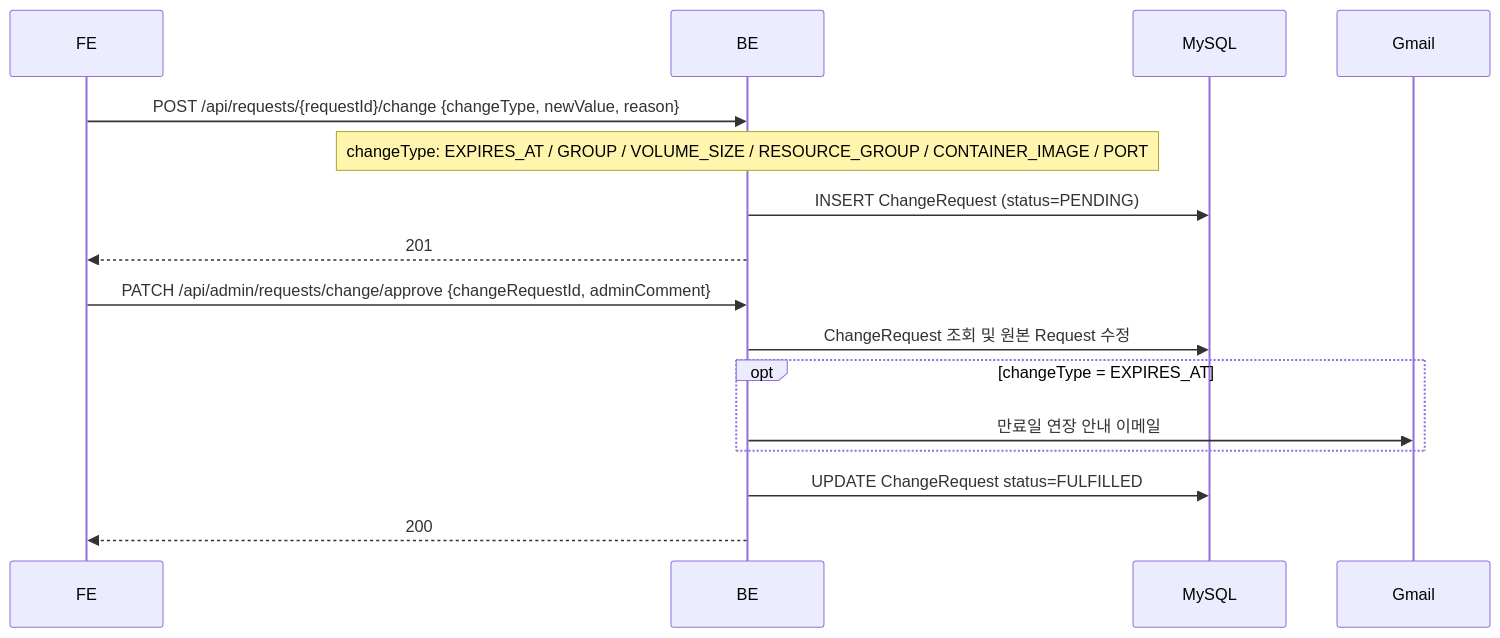
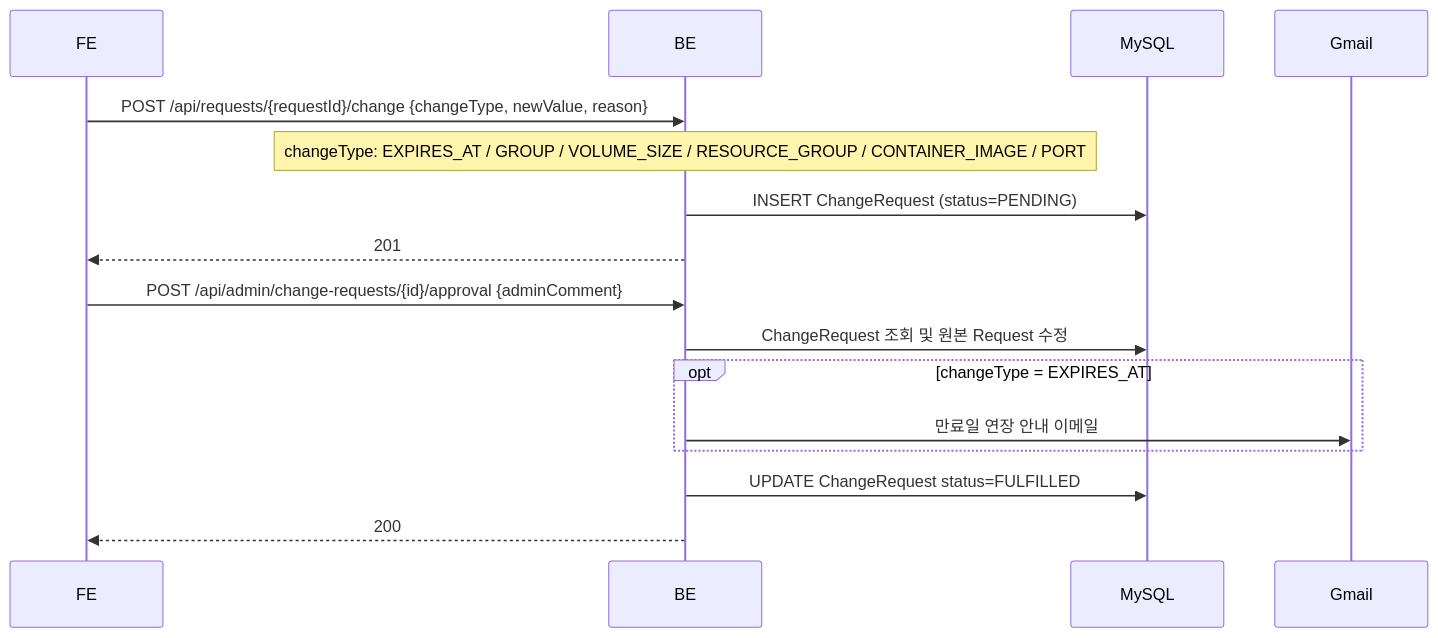
Before and after one commit to CSID-DGU/admin_wiki: the eighth of 16 diagrams in md/backend/시스템-아키텍처.md, drawn with Mermaid. The commit also changed other lines of this file and 4 other files, not shown here.

````diff
--- a/md/backend/시스템-아키텍처.md
+++ b/md/backend/시스템-아키텍처.md
@@ -153,20 +180,20 @@
 ```mermaid
 sequenceDiagram
     participant FE as FE
     participant BE as BE
     participant MySQL as MySQL
     participant Gmail as Gmail
 
     FE->>BE: POST /api/requests/{requestId}/change {changeType, newValue, reason}
     Note over BE: changeType: EXPIRES_AT / GROUP / VOLUME_SIZE / RESOURCE_GROUP / CONTAINER_IMAGE / PORT
     BE->>MySQL: INSERT ChangeRequest (status=PENDING)
     BE-->>FE: 201
 
-    FE->>BE: PATCH /api/admin/requests/change/approve {changeRequestId, adminComment}
+    FE->>BE: POST /api/admin/change-requests/{id}/approval {adminComment}
     BE->>MySQL: ChangeRequest 조회 및 원본 Request 수정
     opt changeType = EXPIRES_AT
         BE->>Gmail: 만료일 연장 안내 이메일
     end
     BE->>MySQL: UPDATE ChangeRequest status=FULFILLED
     BE-->>FE: 200
 ```
````
